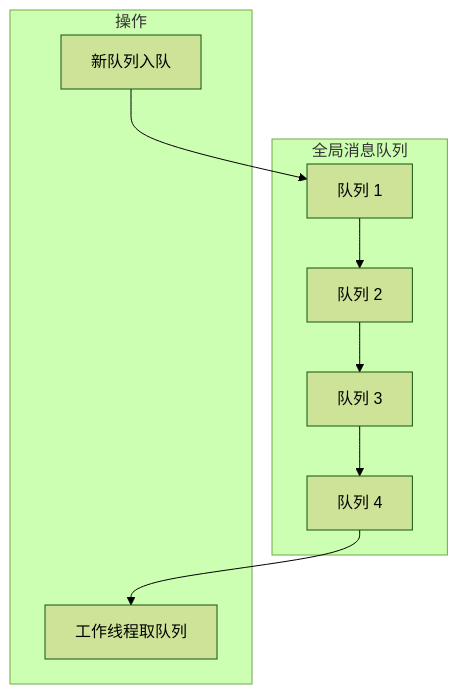
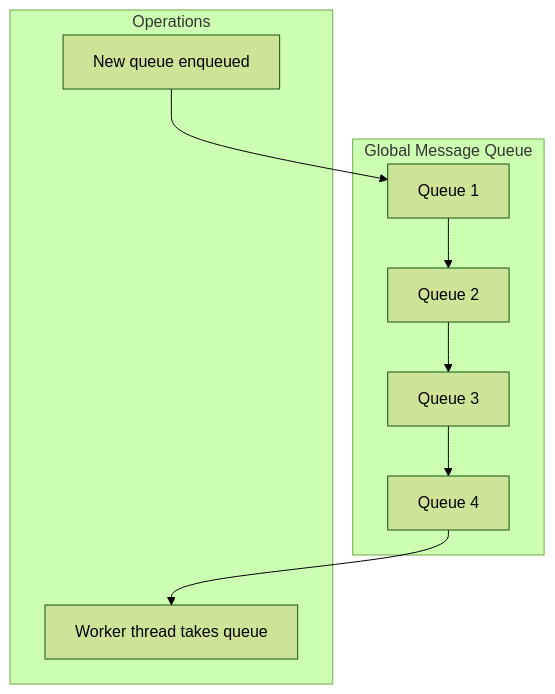
The third of 4 diagrams in docs/architecture/message-driven.md (cuihairu/skynet), drawn with Mermaid (forest theme) before and after one commit. The commit also changed other lines of this file and 86 other files, not shown here.

````diff
--- a/docs/architecture/message-driven.md
+++ b/docs/architecture/message-driven.md
@@ -165,13 +165,13 @@
 ```mermaid
 graph TB
-    subgraph 全局消息队列
-        Q1[队列 1] --> Q2[队列 2]
-        Q2 --> Q3[队列 3]
-        Q3 --> Q4[队列 4]
+    subgraph Global Message Queue
+        Q1[Queue 1] --> Q2[Queue 2]
+        Q2 --> Q3[Queue 3]
+        Q3 --> Q4[Queue 4]
     end
 
-    subgraph 操作
-        Push[新队列入队] --> Q1
-        Q4 --> Pop[工作线程取队列]
+    subgraph Operations
+        Push[New queue enqueued] --> Q1
+        Q4 --> Pop[Worker thread takes queue]
     end
 ```
````
